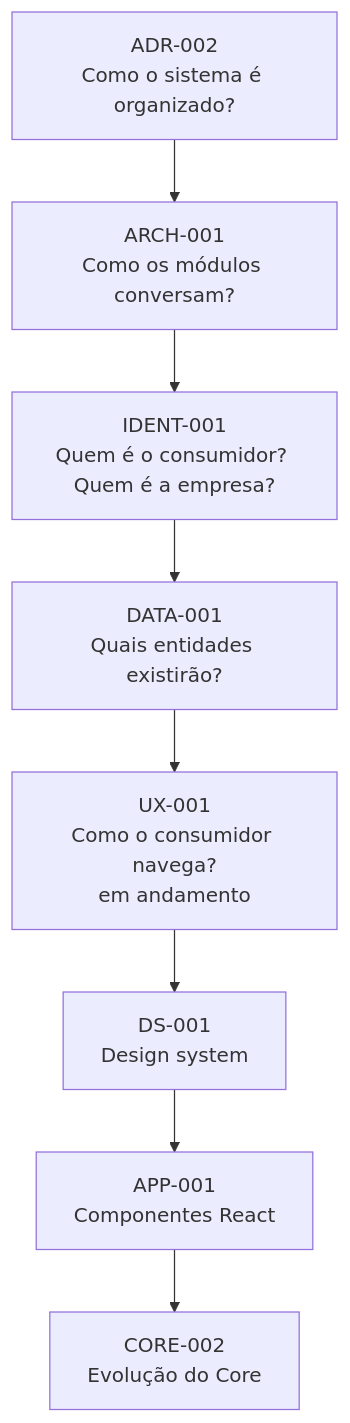
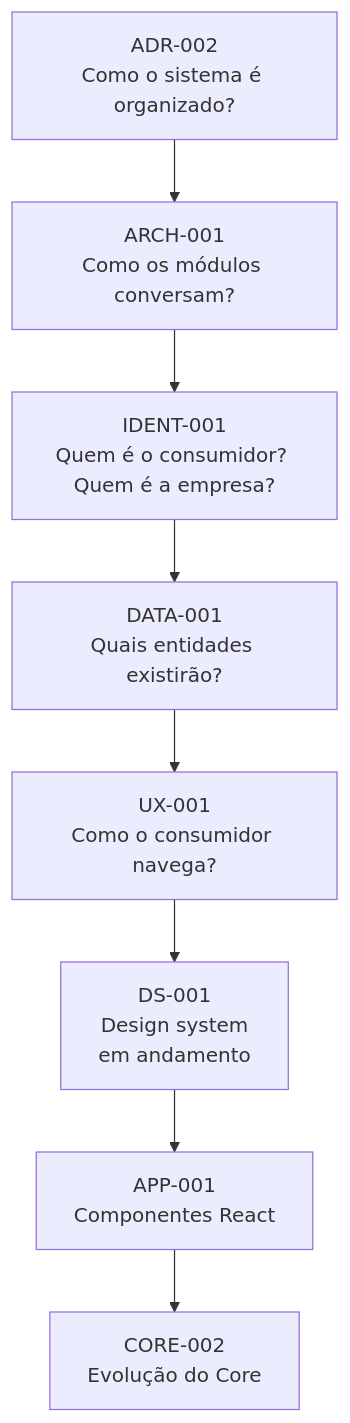
Before and after one commit to BrightEcosystem/Bright-Platform: the diagram in PROJECT-ROADMAP.md, drawn with Mermaid. The commit also changed other lines of this file and 4 other files, not shown here.

````diff
--- a/PROJECT-ROADMAP.md
+++ b/PROJECT-ROADMAP.md
@@ -31,10 +31,10 @@
 ```mermaid
 graph TD
     ADR002[ADR-002<br/>Como o sistema é organizado?] --> ARCH001[ARCH-001<br/>Como os módulos conversam?]
     ARCH001 --> IDENT001[IDENT-001<br/>Quem é o consumidor? Quem é a empresa?]
     IDENT001 --> DATA001[DATA-001<br/>Quais entidades existirão?]
-    DATA001 --> UX001[UX-001<br/>Como o consumidor navega?<br/>em andamento]
-    UX001 --> DS001[DS-001<br/>Design system]
+    DATA001 --> UX001[UX-001<br/>Como o consumidor navega?]
+    UX001 --> DS001[DS-001<br/>Design system<br/>em andamento]
     DS001 --> APP001[APP-001<br/>Componentes React]
     APP001 --> CORE002[CORE-002<br/>Evolução do Core]
 ```
````
